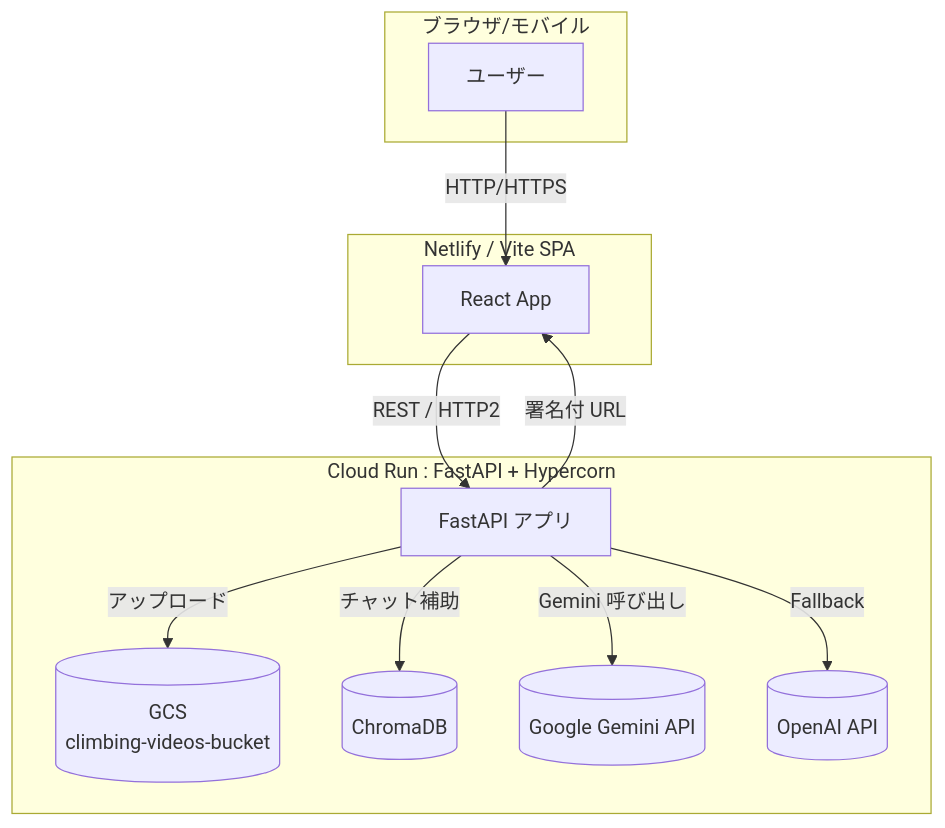
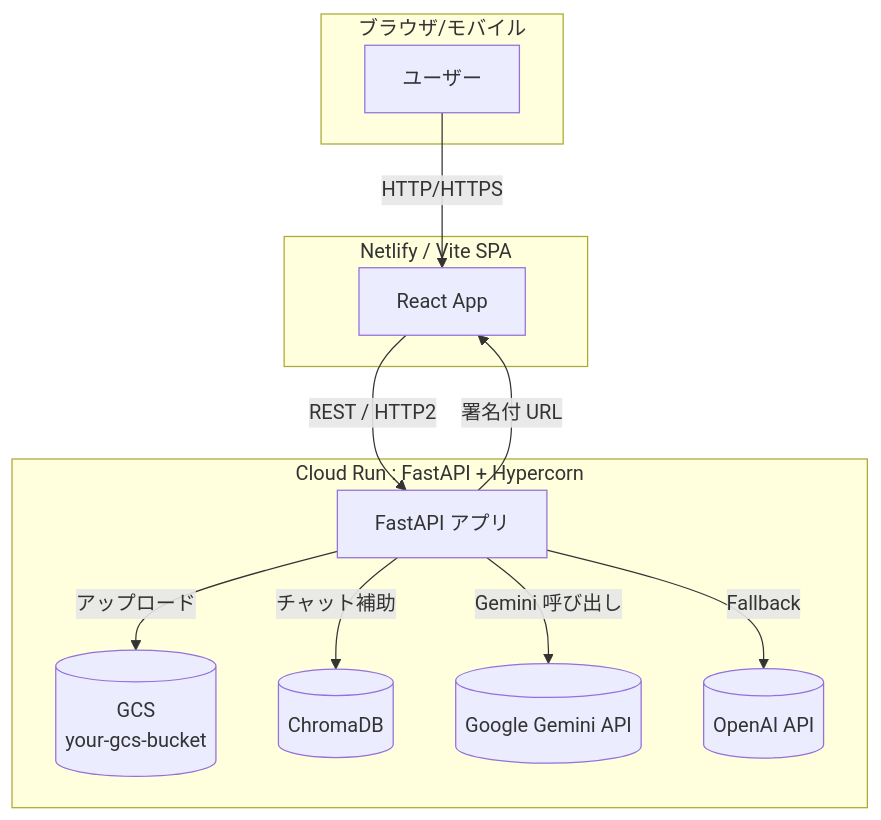
One commit to Hassan-python/Hackathon_aiclimbingtokyo changed the diagram in README.md. Above: the diagram before and after it, drawn with Mermaid. The commit also changed other lines of this file, not shown here.

````diff
--- a/README.md
+++ b/README.md
@@ -32,19 +32,19 @@
 ```mermaid
 flowchart TD
   subgraph ブラウザ/モバイル
     A[ユーザー]
   end
   subgraph Frontend[Netlify / Vite SPA]
     B[React App]
   end
   subgraph CloudRun[Cloud Run : FastAPI + Hypercorn]
     C[FastAPI アプリ]
-    C -->|アップロード| GCS[(GCS<br/>climbing-videos-bucket)]
+    C -->|アップロード| GCS[(GCS<br/>your-gcs-bucket)]
     C -->|チャット補助| CHROMA[(ChromaDB)]
     C -->|Gemini 呼び出し| GEMINI[(Google Gemini API)]
     C -->|Fallback| OPENAI[(OpenAI API)]
   end
   A -->|HTTP/HTTPS| B
   B -->|REST / HTTP2| C
   C -->|署名付 URL| B
 ```
````
